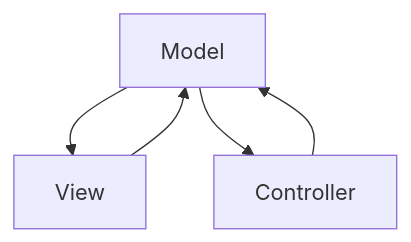
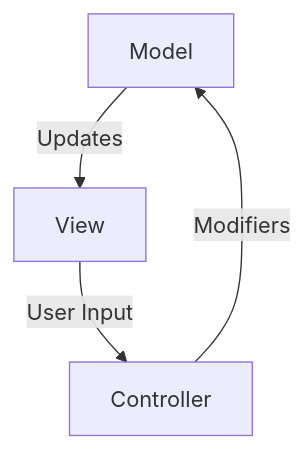
One commit to jakkujakku/MY_TODO_APP changed the first of 2 diagrams in README.md. Above: the diagram before and after it, drawn with Mermaid. The commit also changed other lines of this file and 6 other files, not shown here.

````diff
--- a/README.md
+++ b/README.md
@@ -9,7 +64,10 @@
 ```mermaid
-graph TD;
-    Model-->View;
-    Model-->Controller;
-    View-->Model;
-    Controller-->Model;
+flowchart TD;
+    M[Model];
+    V[View];
+    C[Controller];
+    M --Updates--> V
+    V --User Input--> C
+    C --Modifiers--> M
+    
 ```
````
